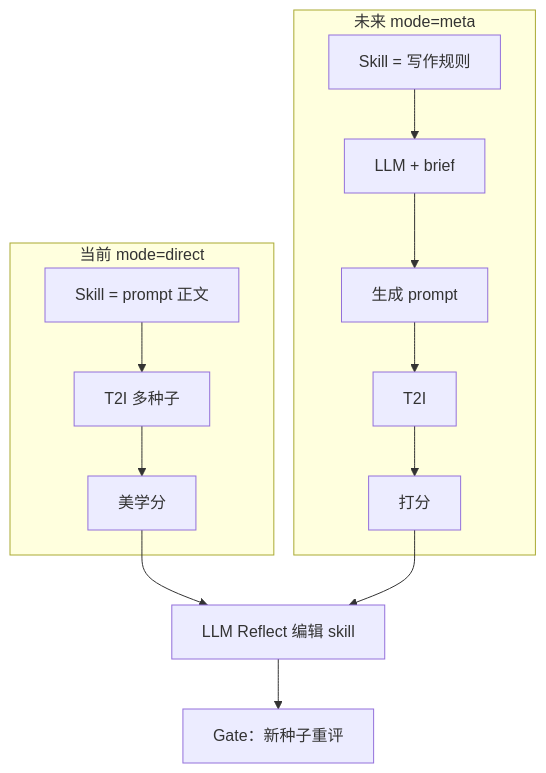
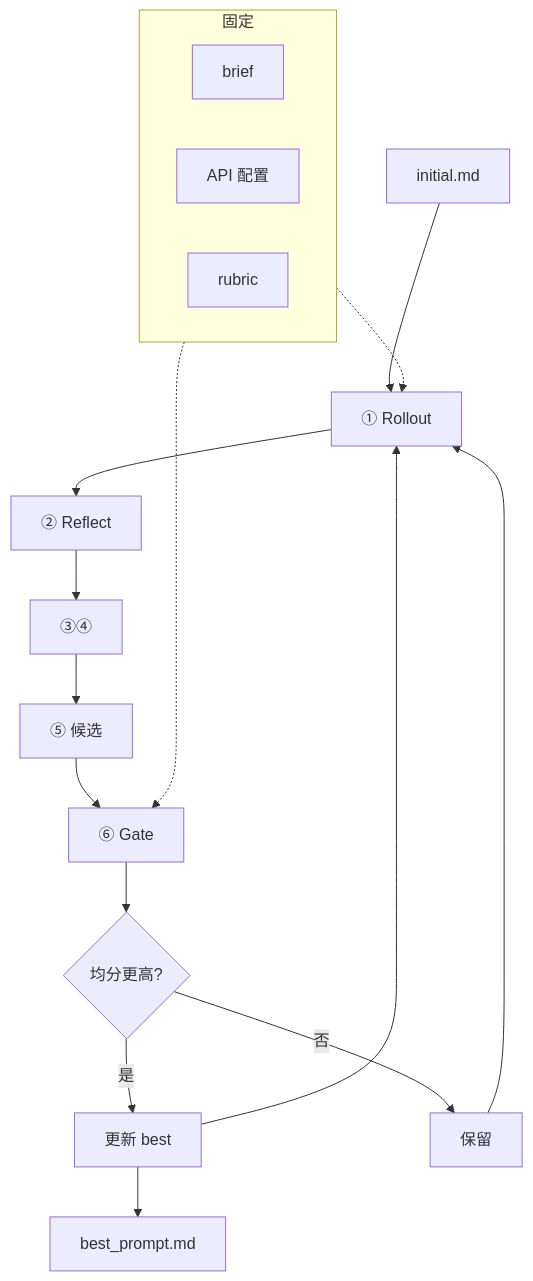
One commit to kuailefengnan2024/prompt-opt changed the diagram in README.md. Above: the diagram before and after it, drawn with Mermaid. The commit also changed other lines of this file and 34 other files, not shown here.

````diff
--- a/README.md
+++ b/README.md
@@ -42,12 +54,18 @@
 ```mermaid
 flowchart TB
-    subgraph direct ["当前 mode=direct"]
-        D1["Skill = prompt 正文"] --> D2["T2I 多种子"] --> D3["美学分"]
+    subgraph fixed ["固定"]
+        BRIEF["brief"]
+        API["API 配置"]
+        RUBRIC["rubric"]
     end
-    subgraph meta ["未来 mode=meta"]
-        M1["Skill = 写作规则"] --> M2["LLM + brief"] --> M3["生成 prompt"] --> M4["T2I"] --> M5["打分"]
-    end
-    D3 --> Reflect["LLM Reflect 编辑 skill"]
-    M5 --> Reflect
-    Reflect --> Gate["Gate：新种子重评"]
+    P0["initial.md"] --> R1["① Rollout"]
+    R1 --> R2["② Reflect"] --> R3["③④"] --> R4["⑤ 候选"]
+    R4 --> G1["⑥ Gate"] --> G2{"均分更高?"}
+    G2 -->|是| OK["更新 best"]
+    G2 -->|否| NO["保留"]
+    fixed -.-> R1
+    fixed -.-> G1
+    OK --> R1
+    NO --> R1
+    OK --> OUT["best_prompt.md"]
 ```
````
